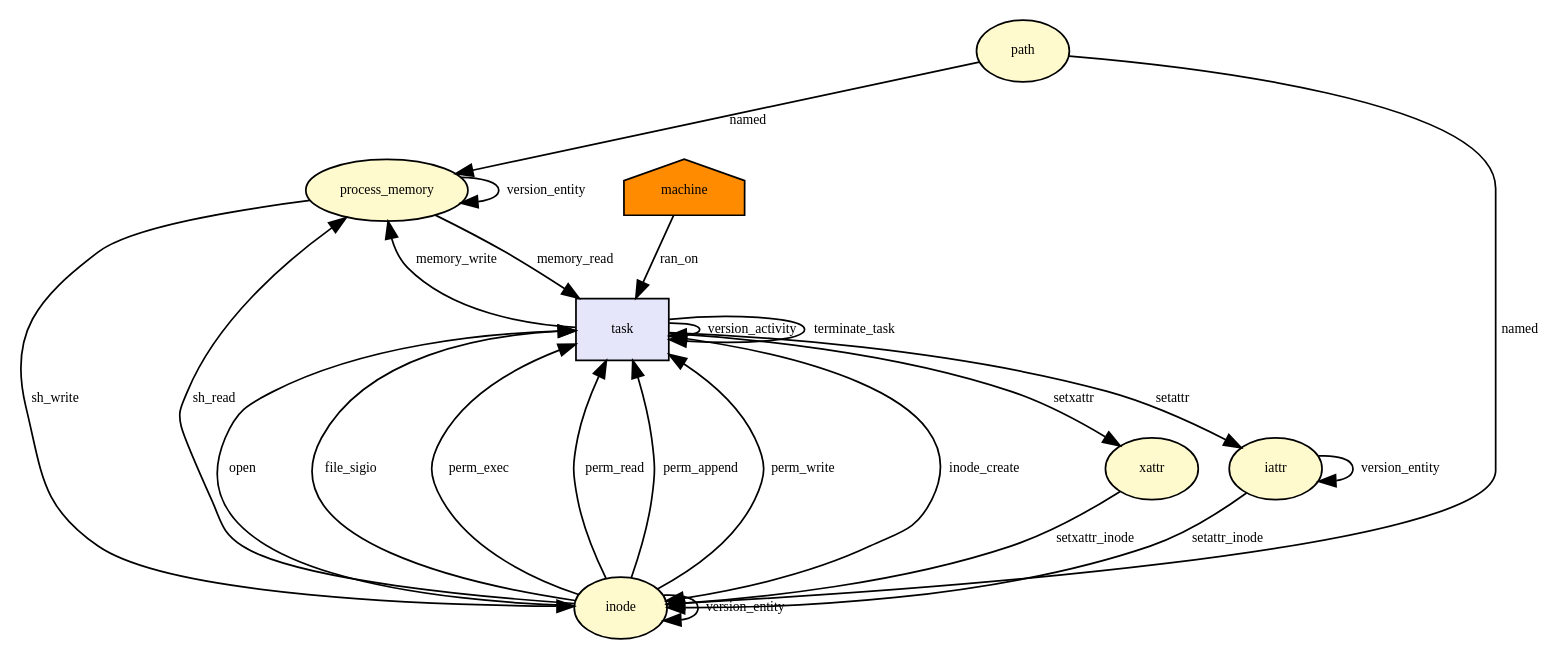
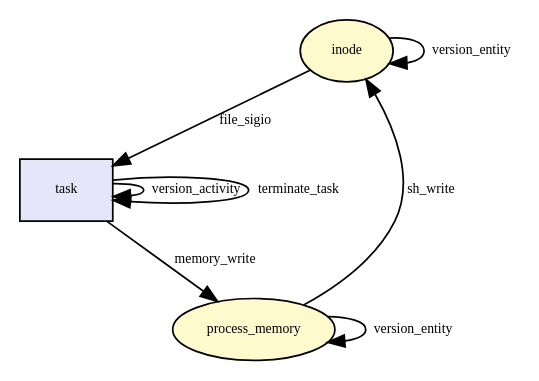
One commit to CamFlow/camflow-dev changed the diagram in docs/dot/__x64_sys_sysctl.dot. Above: the diagram before and after it, drawn with Graphviz. The commit also changed 120 other files, not shown here.

```diff
--- a/docs/dot/__x64_sys_sysctl.dot
+++ b/docs/dot/__x64_sys_sysctl.dot
@@ -1,61 +1,21 @@
-digraph RGL__DirectedAdjacencyGraph {path[fontsize = 8,label = path,shape = ellipse, fillcolor="#fffacd", style = filled]
-
-process_memory[fontsize = 8,label = process_memory,shape = ellipse, fillcolor="#fffacd", style = filled]
-
-path -> process_memory[fontsize = 8,label = named]
-
-machine[fontsize = 8,label = machine,shape = house, fillcolor="#ff8c00", style = filled]
+digraph RGL__DirectedAdjacencyGraph {inode[fontsize = 8,label = inode,shape = ellipse, fillcolor="#fffacd", style = filled]
 
 task[fontsize = 8,label = task,shape = rectangle, fillcolor="#e6e6fa", style = filled]
 
-machine -> task[fontsize = 8,label = ran_on]
+inode -> task[fontsize = 8,label = file_sigio]
 
-inode[fontsize = 8,label = inode,shape = ellipse, fillcolor="#fffacd", style = filled]
-
-path -> inode[fontsize = 8,label = named]
-
-inode -> task[fontsize = 8,label = open]
+process_memory[fontsize = 8,label = process_memory,shape = ellipse, fillcolor="#fffacd", style = filled]
 
 task -> process_memory[fontsize = 8,label = memory_write]
 
 task -> task[fontsize = 8,label = version_activity]
 
 process_memory -> process_memory[fontsize = 8,label = version_entity]
 
 process_memory -> inode[fontsize = 8,label = sh_write]
 
 inode -> inode[fontsize = 8,label = version_entity]
 
-inode -> task[fontsize = 8,label = file_sigio]
-
-process_memory -> task[fontsize = 8,label = memory_read]
-
-task -> inode[fontsize = 8,label = inode_create]
-
-inode -> process_memory[fontsize = 8,label = sh_read]
-
-inode -> task[fontsize = 8,label = perm_exec]
-
-inode -> task[fontsize = 8,label = perm_read]
-
-inode -> task[fontsize = 8,label = perm_append]
-
-inode -> task[fontsize = 8,label = perm_write]
-
-xattr[fontsize = 8,label = xattr,shape = ellipse, fillcolor="#fffacd", style = filled]
-
-task -> xattr[fontsize = 8,label = setxattr]
-
-xattr -> inode[fontsize = 8,label = setxattr_inode]
-
-iattr[fontsize = 8,label = iattr,shape = ellipse, fillcolor="#fffacd", style = filled]
-
-task -> iattr[fontsize = 8,label = setattr]
-
-iattr -> iattr[fontsize = 8,label = version_entity]
-
-iattr -> inode[fontsize = 8,label = setattr_inode]
-
 task -> task[fontsize = 8,label = terminate_task]
 
 }
```
